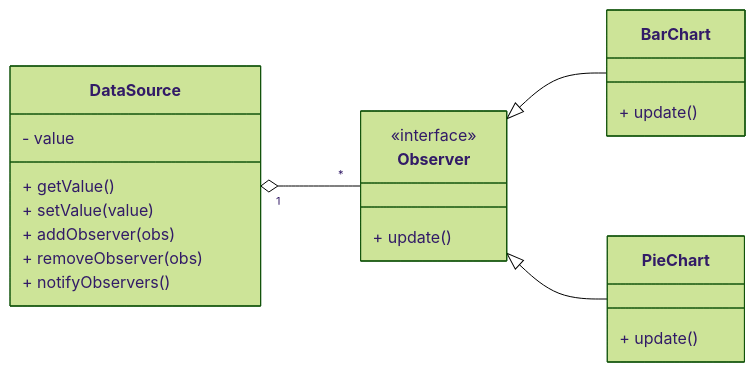
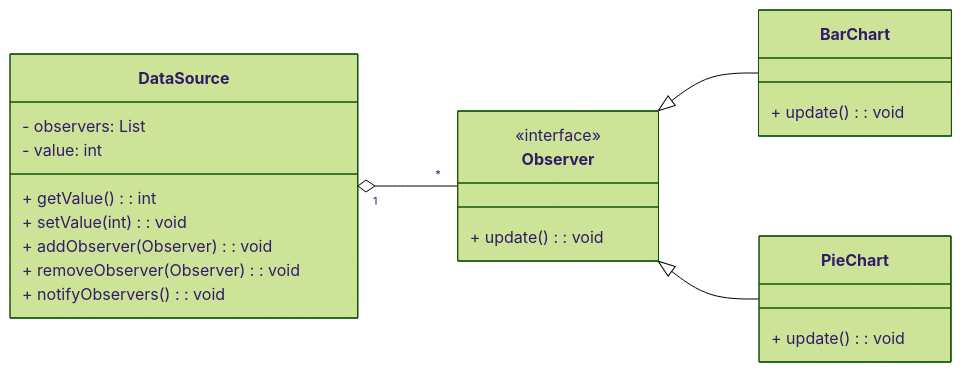
One commit to bidursapkota00/Design-Patterns changed the eighth of 15 diagrams in README.md. Above: the diagram before and after it, drawn with Mermaid (forest theme). The commit also changed other lines of this file, not shown here.

````diff
--- a/README.md
+++ b/README.md
@@ -431,29 +447,30 @@
 ```mermaid
 %%{init: { "flowchart": { "rankSpacing": 100, "nodeSpacing": 100 }}}%%
 classDiagram
 direction LR
 class DataSource {
-    - value
-    + getValue()
-    + setValue(value)
-    + addObserver(obs)
-    + removeObserver(obs)
-    + notifyObservers()
+    - observers: List
+    - value: int
+    + getValue(): int
+    + setValue(int): void
+    + addObserver(Observer): void
+    + removeObserver(Observer): void
+    + notifyObservers(): void
 }
 
 class Observer {
     <<interface>>
-    + update()
+    + update(): void
 }
 
 class BarChart {
-    + update()
+    + update(): void
 }
 class PieChart {
-    + update()
+    + update(): void
 }
 
 DataSource "1" o-- "*" Observer
 Observer <|-- BarChart
 Observer <|-- PieChart
 ```
````
